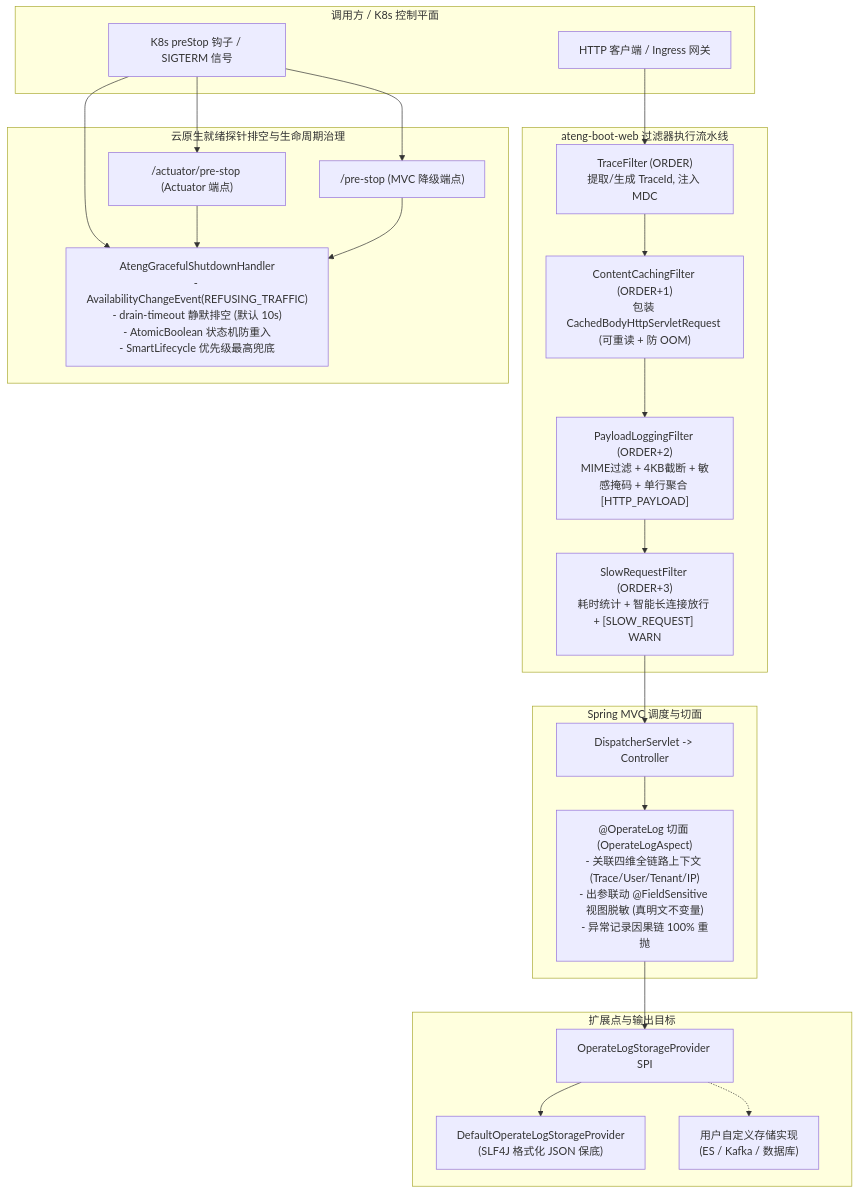
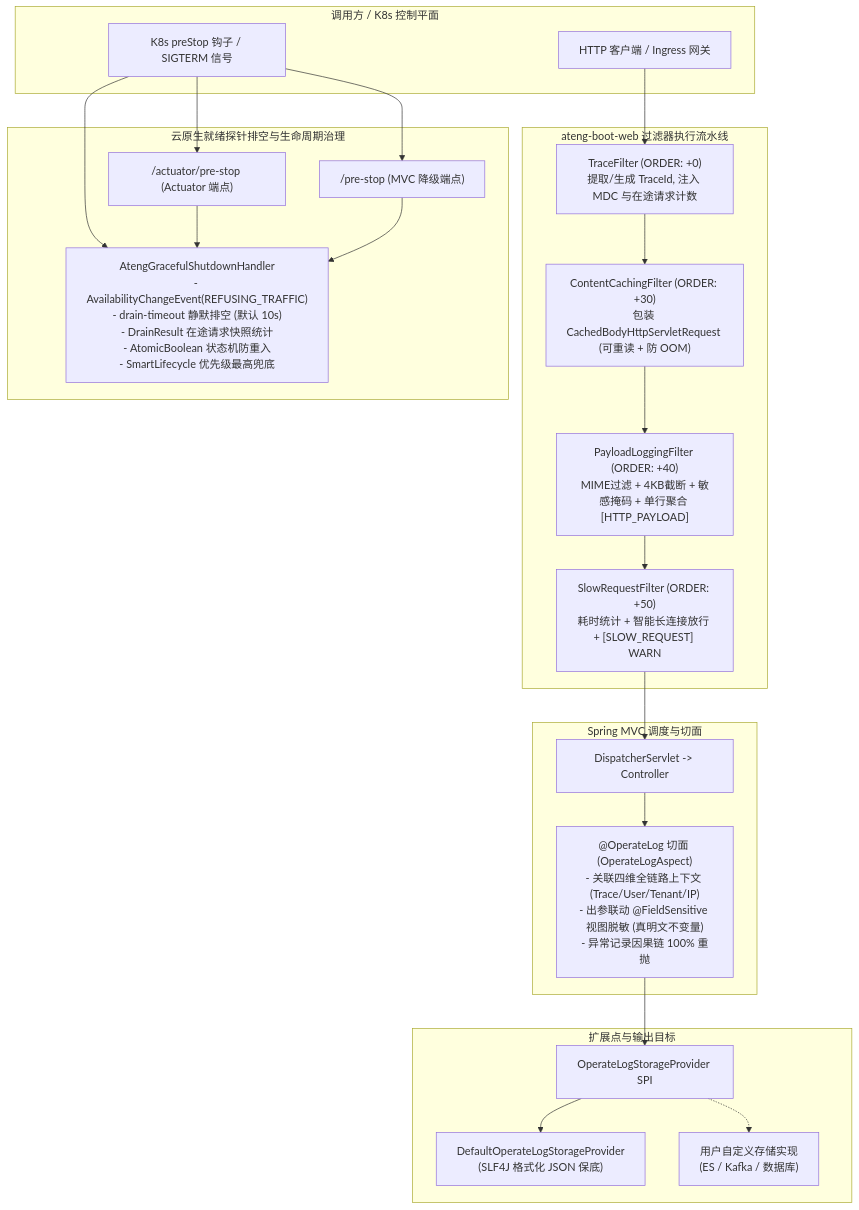
One commit to atengk/ateng-boot changed the first of 3 diagrams in docs/adr/0032-web-runtime-audit-payload-and-traffic-governance.md. Above: the diagram before and after it, drawn with Mermaid. The commit also changed other lines of this file and 2 other files, not shown here.

````diff
--- a/docs/adr/0032-web-runtime-audit-payload-and-traffic-governance.md
+++ b/docs/adr/0032-web-runtime-audit-payload-and-traffic-governance.md
@@ -32,47 +32,47 @@
 ```mermaid
 flowchart TD
     subgraph Client["调用方 / K8s 控制平面"]
         K8sPreStop["K8s preStop 钩子 / SIGTERM 信号"]
         HttpClient["HTTP 客户端 / Ingress 网关"]
     end
 
     subgraph WebFilters["ateng-boot-web 过滤器执行流水线"]
-        TraceFilter["TraceFilter (ORDER)\n提取/生成 TraceId, 注入 MDC"]
-        ContentCachingFilter["ContentCachingFilter (ORDER+1)\n包装 CachedBodyHttpServletRequest (可重读 + 防 OOM)"]
-        PayloadLoggingFilter["PayloadLoggingFilter (ORDER+2)\nMIME过滤 + 4KB截断 + 敏感掩码 + 单行聚合 [HTTP_PAYLOAD]"]
-        SlowRequestFilter["SlowRequestFilter (ORDER+3)\n耗时统计 + 智能长连接放行 + [SLOW_REQUEST] WARN"]
+        TraceFilter["TraceFilter (ORDER: +0)\n提取/生成 TraceId, 注入 MDC 与在途请求计数"]
+        ContentCachingFilter["ContentCachingFilter (ORDER: +30)\n包装 CachedBodyHttpServletRequest (可重读 + 防 OOM)"]
+        PayloadLoggingFilter["PayloadLoggingFilter (ORDER: +40)\nMIME过滤 + 4KB截断 + 敏感掩码 + 单行聚合 [HTTP_PAYLOAD]"]
+        SlowRequestFilter["SlowRequestFilter (ORDER: +50)\n耗时统计 + 智能长连接放行 + [SLOW_REQUEST] WARN"]
     end
 
     subgraph DrainLifecycle["云原生就绪探针排空与生命周期治理"]
         PreStopEndpoint["/actuator/pre-stop (Actuator 端点)"]
         PreStopController["/pre-stop (MVC 降级端点)"]
-        ShutdownHandler["AtengGracefulShutdownHandler\n- AvailabilityChangeEvent(REFUSING_TRAFFIC)\n- drain-timeout 静默排空 (默认 10s)\n- AtomicBoolean 状态机防重入\n- SmartLifecycle 优先级最高兜底"]
+        ShutdownHandler["AtengGracefulShutdownHandler\n- AvailabilityChangeEvent(REFUSING_TRAFFIC)\n- drain-timeout 静默排空 (默认 10s)\n- DrainResult 在途请求快照统计\n- AtomicBoolean 状态机防重入\n- SmartLifecycle 优先级最高兜底"]
     end
 
     subgraph MVCDispatcher["Spring MVC 调度与切面"]
         Dispatcher["DispatcherServlet -> Controller"]
         OperateLogAspect["@OperateLog 切面 (OperateLogAspect)\n- 关联四维全链路上下文 (Trace/User/Tenant/IP)\n- 出参联动 @FieldSensitive 视图脱敏 (真明文不变量)\n- 异常记录因果链 100% 重抛"]
     end
 
     subgraph SPIExt["扩展点与输出目标"]
         OperateLogSPI["OperateLogStorageProvider SPI"]
         DefaultStorage["DefaultOperateLogStorageProvider\n(SLF4J 格式化 JSON 保底)"]
         CustomStorage["用户自定义存储实现\n(ES / Kafka / 数据库)"]
     end
 
     HttpClient --> TraceFilter
     TraceFilter --> ContentCachingFilter
     ContentCachingFilter --> PayloadLoggingFilter
     PayloadLoggingFilter --> SlowRequestFilter
     SlowRequestFilter --> Dispatcher
     Dispatcher --> OperateLogAspect
     OperateLogAspect --> OperateLogSPI
     OperateLogSPI --> DefaultStorage
     OperateLogSPI -.-> CustomStorage
 
     K8sPreStop --> PreStopEndpoint
     K8sPreStop --> PreStopController
     K8sPreStop --> ShutdownHandler
     PreStopEndpoint --> ShutdownHandler
     PreStopController --> ShutdownHandler
 ```
````
